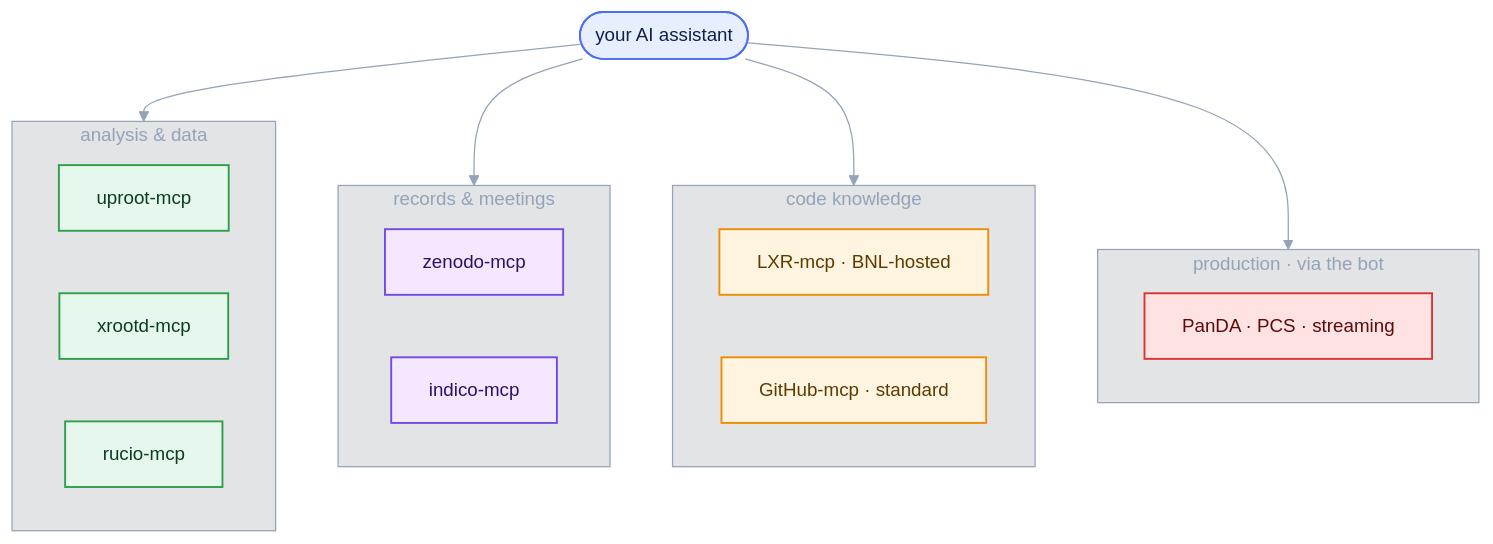
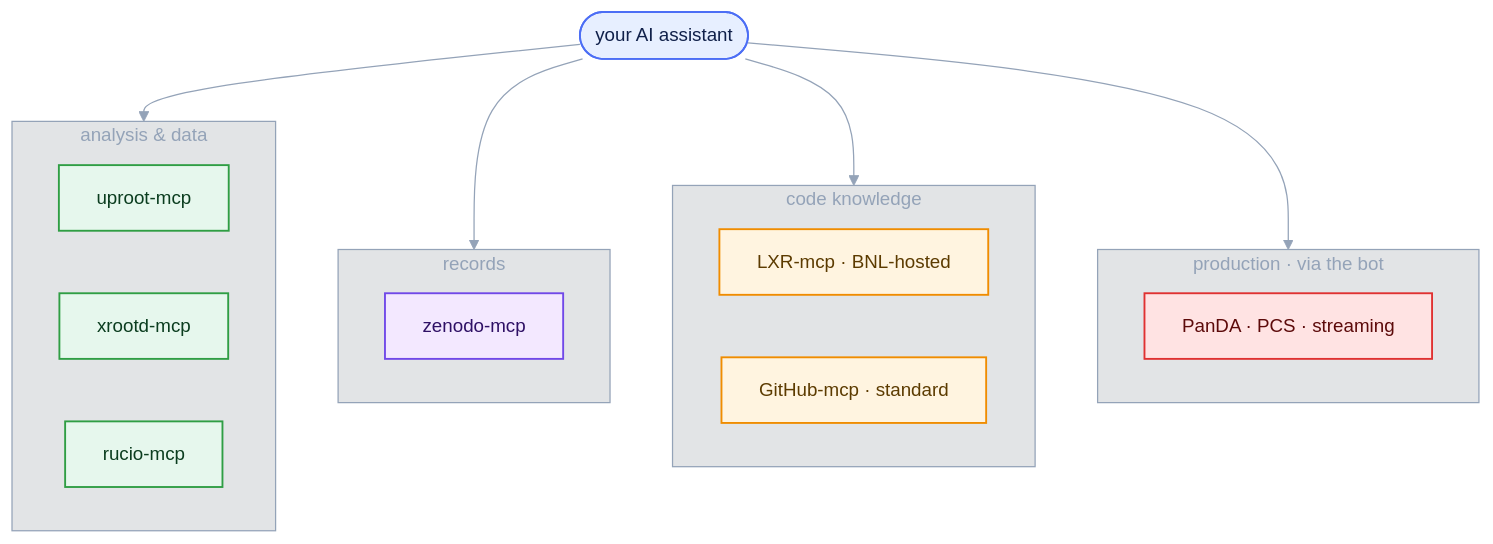
Before and after one commit to eic/tutorial-mcp: the diagram in episodes/06-eic-mcp-servers.md, drawn with Mermaid. The commit also changed other lines of this file and 16 other files, not shown here.

````diff
--- a/episodes/06-eic-mcp-servers.md
+++ b/episodes/06-eic-mcp-servers.md
@@ -67,44 +65,42 @@
 ```mermaid
 %%{init: {'theme':'base', 'themeVariables': {'fontSize':'15px','lineColor':'#94a3b8','edgeLabelBackground':'#e2e8f0','clusterBkg':'#1f293720','clusterBorder':'#94a3b8','titleColor':'#94a3b8'}}}%%
 flowchart TB
     accTitle: {EIC MCP server catalog}
     accDescr: {EIC MCP server catalog}
     A(["your AI assistant"]):::core
     A --> DATA
     A --> REC
     A --> CODE
     A --> PROD
     subgraph DATA["analysis & data"]
         direction LR
         UP["uproot-mcp"]:::tool
         XR["xrootd-mcp"]:::tool
         RU["rucio-mcp"]:::tool
     end
-    subgraph REC["records & meetings"]
+    subgraph REC["records"]
         direction LR
         ZE["zenodo-mcp"]:::rec
-        IN["indico-mcp"]:::rec
     end
     subgraph CODE["code knowledge"]
         direction LR
         LX["LXR-mcp · BNL-hosted"]:::code
         GH["GitHub-mcp · standard"]:::code
     end
     subgraph PROD["production · via the bot"]
         direction LR
         PB["PanDA · PCS · streaming"]:::pkg
     end
     classDef core fill:#e7efff,stroke:#4c6ef5,stroke-width:1.5px,color:#10204a;
     classDef tool fill:#e6f7ed,stroke:#2f9e44,stroke-width:1.5px,color:#0b3d1f;
     classDef rec fill:#f3e8ff,stroke:#7048e8,stroke-width:1.5px,color:#2e1065;
     classDef code fill:#fff4e0,stroke:#f08c00,stroke-width:1.5px,color:#5c3b00;
     classDef pkg fill:#ffe3e3,stroke:#e03131,stroke-width:1.5px,color:#5c0a0a;
     click UP "https://github.com/eic/uproot-mcp-server" _blank
     click XR "https://github.com/eic/xrootd-mcp-server" _blank
     click RU "https://github.com/eic/rucio-eic-mcp-server" _blank
     click ZE "https://github.com/eic/zenodo-mcp-server" _blank
-    click IN "https://github.com/cohm/indico-mcp" _blank
     click LX "https://eic-code-browser.sdcc.bnl.gov/lxr/source" _blank
     click GH "https://github.com/github/github-mcp-server" _blank
     click PB "https://chat.epic-eic.org/main/channels/dispatcher" _blank
 ```
````
